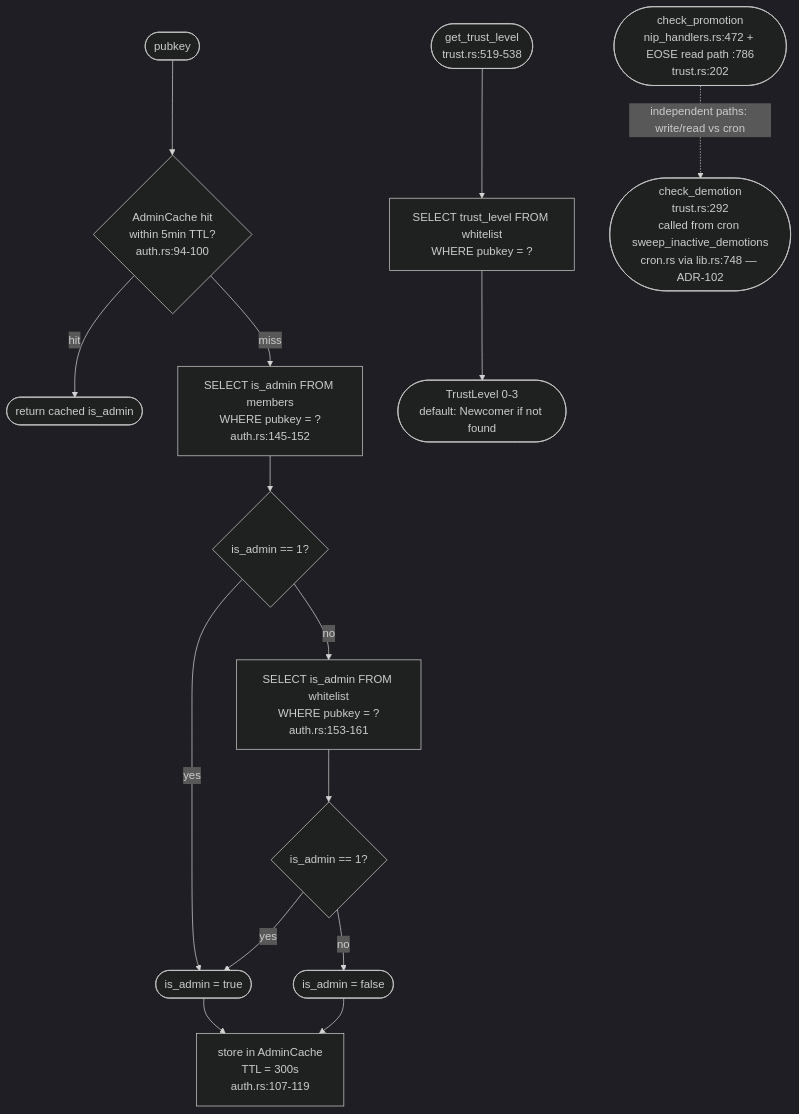
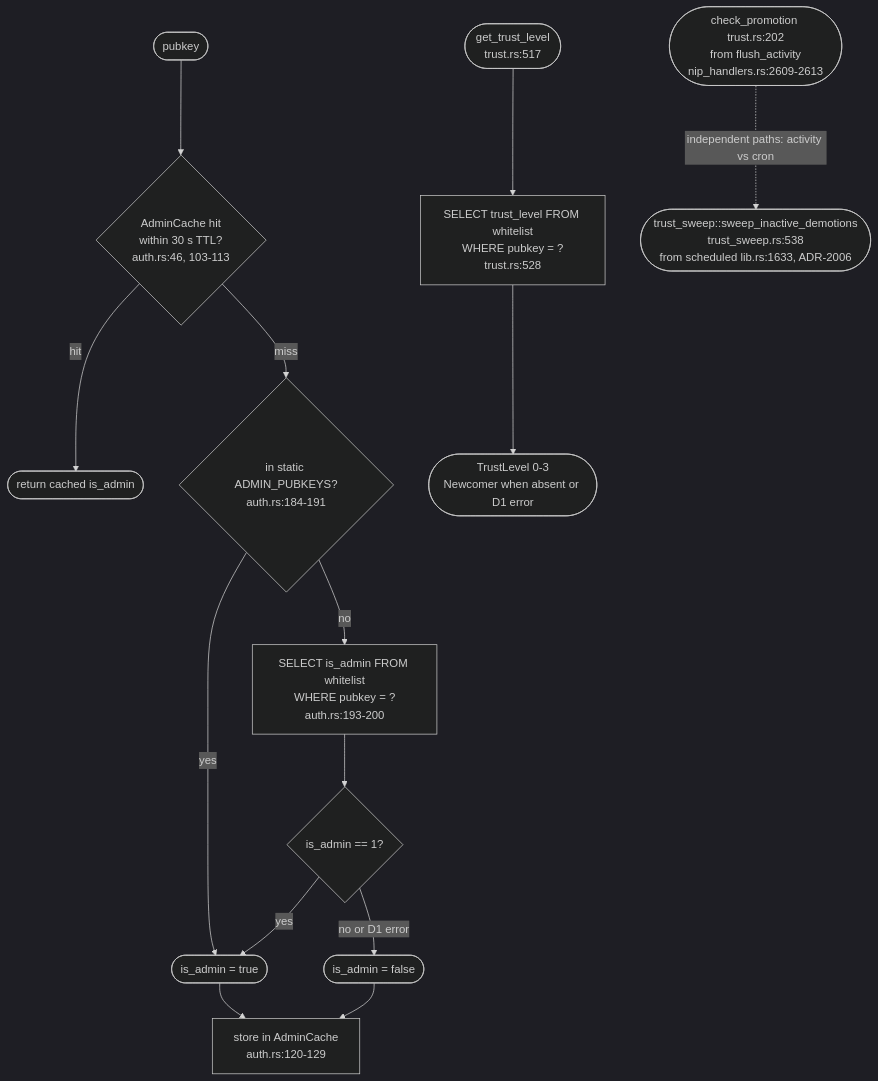
One commit to DreamLab-AI/nostr-rust-forum changed the seventh of 12 diagrams in docs/diagrams/relay-event-admission.md. Above: the diagram before and after it, drawn with Mermaid (dark theme). The commit also changed other lines of this file and 4 other files, not shown here.

First line of the commit message:
docs(diagrams): bring the diagram corpus up to 3c48e26 (NIP-09 tombstones, deletion sync, NIP-42 receipts, per-identity zone keys)

````diff
--- a/docs/diagrams/relay-event-admission.md
+++ b/docs/diagrams/relay-event-admission.md
@@ -458,34 +490,32 @@
 ```mermaid
 flowchart TD
     PK([pubkey])
-    AC{AdminCache hit\nwithin 5min TTL?\nauth.rs:94-100}
+    AC{AdminCache hit<br/>within 30 s TTL?<br/>auth.rs:46, 103-113}
     AC_HIT([return cached is_admin])
-    MEM_Q[SELECT is_admin FROM members\nWHERE pubkey = ?\nauth.rs:145-152]
-    MEM_ADMIN{is_admin == 1?}
-    WL_Q[SELECT is_admin FROM whitelist\nWHERE pubkey = ?\nauth.rs:153-161]
+    STATIC{in static ADMIN_PUBKEYS?<br/>auth.rs:184-191}
+    WL_Q[SELECT is_admin FROM whitelist<br/>WHERE pubkey = ?<br/>auth.rs:193-200]
     WL_ADMIN{is_admin == 1?}
     ADMIN_TRUE([is_admin = true])
     ADMIN_FALSE([is_admin = false])
-    CACHE_STORE[store in AdminCache\nTTL = 300s\nauth.rs:107-119]
+    CACHE_STORE[store in AdminCache<br/>auth.rs:120-129]
 
     PK --> AC
     AC -->|hit| AC_HIT
-    AC -->|miss| MEM_Q
-    MEM_Q --> MEM_ADMIN
-    MEM_ADMIN -->|yes| ADMIN_TRUE
-    MEM_ADMIN -->|no| WL_Q
+    AC -->|miss| STATIC
+    STATIC -->|yes| ADMIN_TRUE
+    STATIC -->|no| WL_Q
     WL_Q --> WL_ADMIN
     WL_ADMIN -->|yes| ADMIN_TRUE
-    WL_ADMIN -->|no| ADMIN_FALSE
+    WL_ADMIN -->|no or D1 error| ADMIN_FALSE
     ADMIN_TRUE --> CACHE_STORE
     ADMIN_FALSE --> CACHE_STORE
 
-    TL([get_trust_level\ntrust.rs:519-538])
-    TL_Q[SELECT trust_level FROM whitelist\nWHERE pubkey = ?]
-    TL_R([TrustLevel 0-3\ndefault: Newcomer if not found])
+    TL([get_trust_level<br/>trust.rs:517])
+    TL_Q[SELECT trust_level FROM whitelist<br/>WHERE pubkey = ?<br/>trust.rs:528]
+    TL_R([TrustLevel 0-3<br/>Newcomer when absent or D1 error])
     TL --> TL_Q --> TL_R
 
-    PROMO([check_promotion\nnip_handlers.rs:472 + EOSE read path :786\ntrust.rs:202])
-    DEMOTE([check_demotion\ntrust.rs:292\ncalled from cron sweep_inactive_demotions\ncron.rs via lib.rs:748 — ADR-102])
-    PROMO -. independent paths: write/read vs cron .-> DEMOTE
+    PROMO([check_promotion trust.rs:202<br/>from flush_activity<br/>nip_handlers.rs:2609-2613])
+    DEMOTE([trust_sweep::sweep_inactive_demotions<br/>trust_sweep.rs:538<br/>from scheduled lib.rs:1633, ADR-2006])
+    PROMO -. independent paths: activity vs cron .-> DEMOTE
 ```
````
